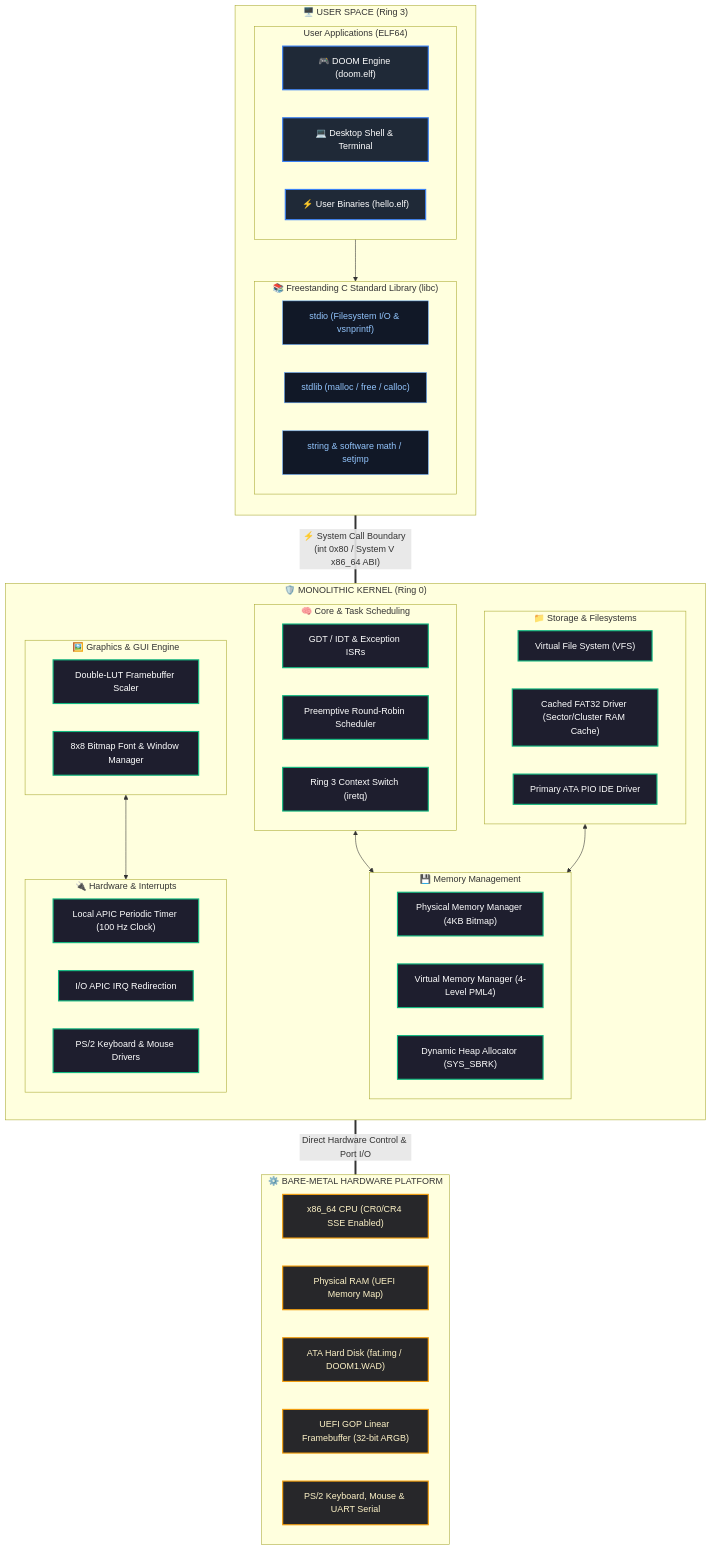
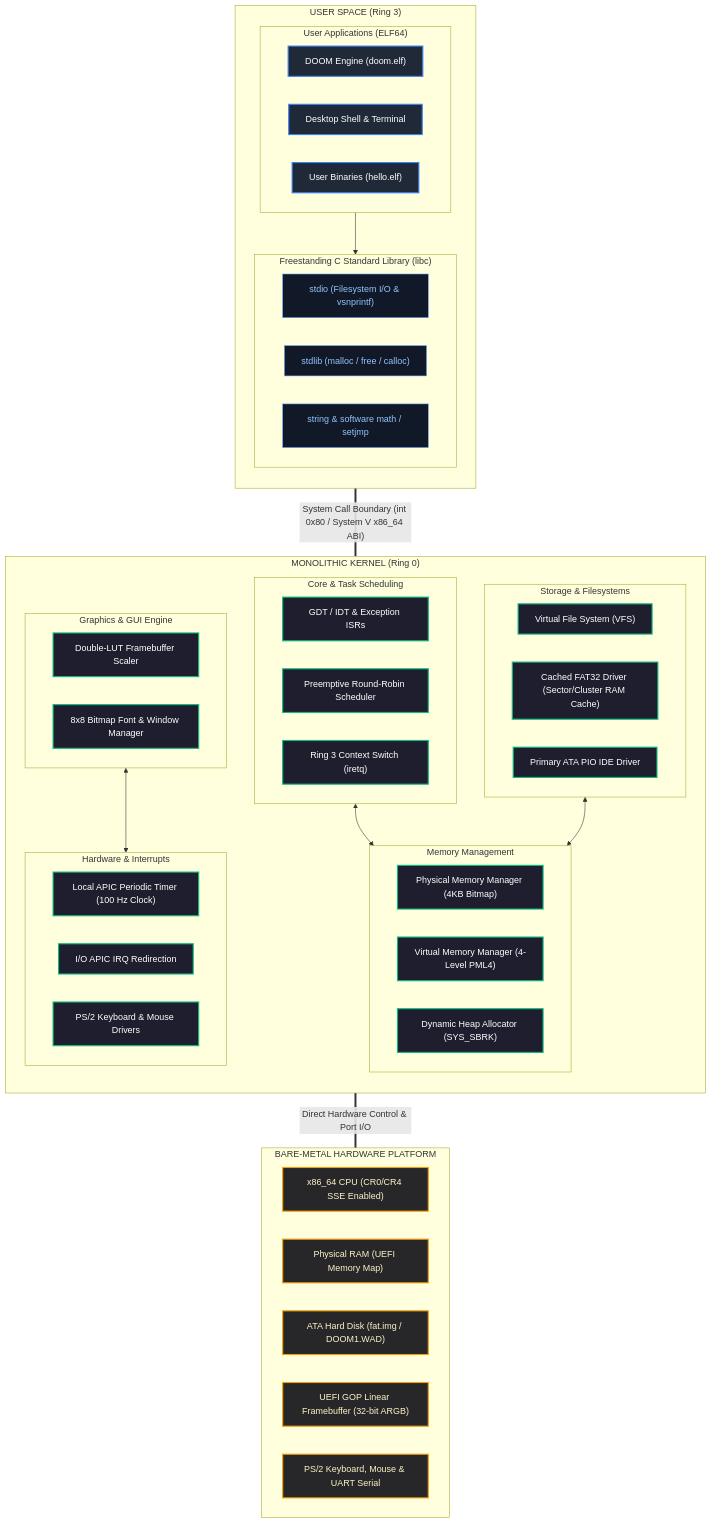
The diagram in README.md (codertoji-spec/MYOS), drawn with Mermaid before and after one commit. The commit also changed other lines of this file, not shown here.

````diff
--- a/README.md
+++ b/README.md
@@ -19,77 +19,77 @@
 ```mermaid
 flowchart TD
-    subgraph UserSpace ["🖥️ USER SPACE (Ring 3)"]
+    subgraph UserSpace ["USER SPACE (Ring 3)"]
         direction TB
         subgraph Apps ["User Applications (ELF64)"]
-            DoomApp["🎮 DOOM Engine (doom.elf)"]
-            ShellApp["💻 Desktop Shell & Terminal"]
-            UserApp["⚡ User Binaries (hello.elf)"]
+            DoomApp["DOOM Engine (doom.elf)"]
+            ShellApp["Desktop Shell & Terminal"]
+            UserApp["User Binaries (hello.elf)"]
         end
-        subgraph LibcLayer ["📚 Freestanding C Standard Library (libc)"]
+        subgraph LibcLayer ["Freestanding C Standard Library (libc)"]
             Stdio["stdio (Filesystem I/O & vsnprintf)"]
             Stdlib["stdlib (malloc / free / calloc)"]
             StringMath["string & software math / setjmp"]
         end
         Apps --> LibcLayer
     end
 
-    UserSpace ===|"⚡ System Call Boundary (int 0x80 / System V x86_64 ABI)"| KernelSpace
+    UserSpace ===|"System Call Boundary (int 0x80 / System V x86_64 ABI)"| KernelSpace
 
-    subgraph KernelSpace ["🛡️ MONOLITHIC KERNEL (Ring 0)"]
+    subgraph KernelSpace ["MONOLITHIC KERNEL (Ring 0)"]
         direction TB
         
-        subgraph CoreSub ["🧠 Core & Task Scheduling"]
+        subgraph CoreSub ["Core & Task Scheduling"]
             GDT_IDT["GDT / IDT & Exception ISRs"]
             Scheduler["Preemptive Round-Robin Scheduler"]
             ContextSwitch["Ring 3 Context Switch (iretq)"]
         end
 
-        subgraph MemorySub ["💾 Memory Management"]
+        subgraph MemorySub ["Memory Management"]
             PMM["Physical Memory Manager (4KB Bitmap)"]
             VMM["Virtual Memory Manager (4-Level PML4)"]
             Heap["Dynamic Heap Allocator (SYS_SBRK)"]
         end
 
-        subgraph FileSub ["📁 Storage & Filesystems"]
+        subgraph FileSub ["Storage & Filesystems"]
             VFS["Virtual File System (VFS)"]
             FAT32["Cached FAT32 Driver (Sector/Cluster RAM Cache)"]
             ATA["Primary ATA PIO IDE Driver"]
         end
 
-        subgraph DisplaySub ["🖼️ Graphics & GUI Engine"]
+        subgraph DisplaySub ["Graphics & GUI Engine"]
             Compositor["Double-LUT Framebuffer Scaler"]
             FontEngine["8x8 Bitmap Font & Window Manager"]
         end
 
-        subgraph DeviceSub ["🔌 Hardware & Interrupts"]
+        subgraph DeviceSub ["Hardware & Interrupts"]
             APIC["Local APIC Periodic Timer (100 Hz Clock)"]
             IOAPIC["I/O APIC IRQ Redirection"]
             PS2["PS/2 Keyboard & Mouse Drivers"]
         end
 
         CoreSub <--> MemorySub
         FileSub <--> MemorySub
         DisplaySub <--> DeviceSub
     end
 
     KernelSpace ===|"Direct Hardware Control & Port I/O"| HardwarePlatform
 
-    subgraph HardwarePlatform ["⚙️ BARE-METAL HARDWARE PLATFORM"]
+    subgraph HardwarePlatform ["BARE-METAL HARDWARE PLATFORM"]
         CPU["x86_64 CPU (CR0/CR4 SSE Enabled)"]
         RAM["Physical RAM (UEFI Memory Map)"]
         Disk["ATA Hard Disk (fat.img / DOOM1.WAD)"]
         Display["UEFI GOP Linear Framebuffer (32-bit ARGB)"]
         Peripherals["PS/2 Keyboard, Mouse & UART Serial"]
     end
 
     %% Style Classes
     classDef userApp fill:#1f2937,stroke:#3b82f6,stroke-width:2px,color:#fff;
     classDef libcBox fill:#111827,stroke:#60a5fa,stroke-width:1px,color:#93c5fd;
     classDef kernelBox fill:#1e1e2e,stroke:#10b981,stroke-width:2px,color:#fff;
     classDef hwBox fill:#27272a,stroke:#f59e0b,stroke-width:2px,color:#fef3c7;
 
     class DoomApp,ShellApp,UserApp userApp;
     class Stdio,Stdlib,StringMath libcBox;
     class GDT_IDT,Scheduler,ContextSwitch,PMM,VMM,Heap,VFS,FAT32,ATA,Compositor,FontEngine,APIC,IOAPIC,PS2 kernelBox;
     class CPU,RAM,Disk,Display,Peripherals hwBox;
 ```
````
